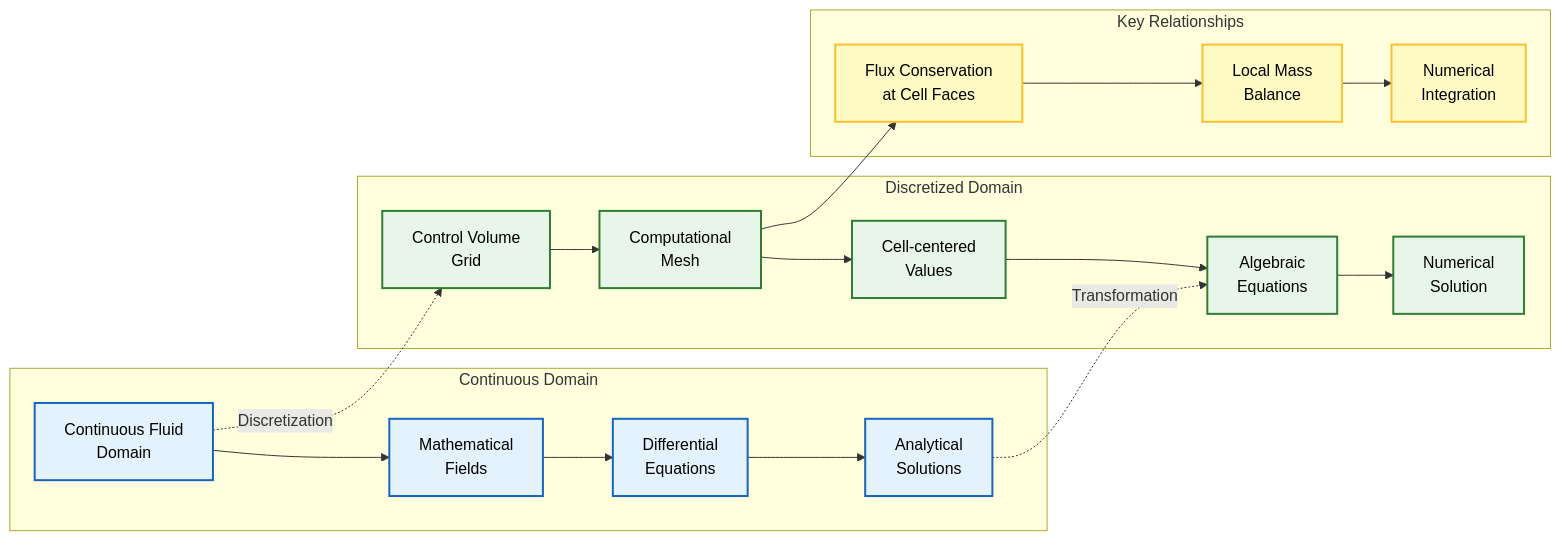
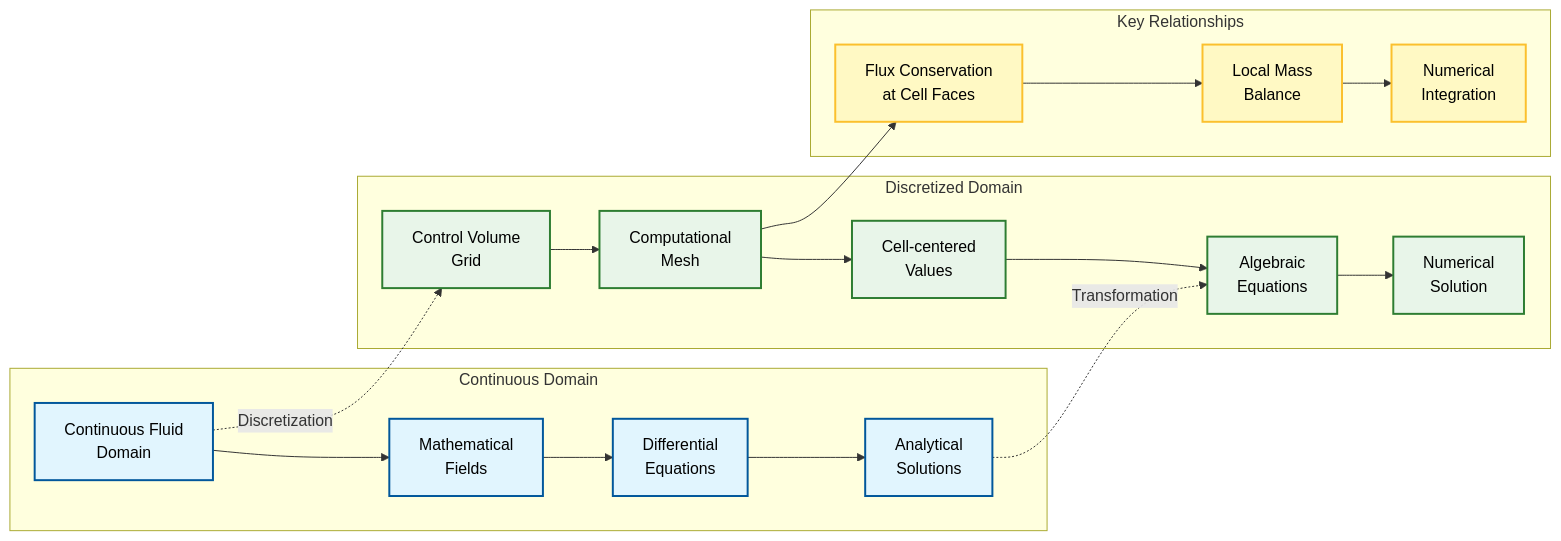
The second of 8 diagrams in MODULE_01_CFD_FUNDAMENTALS/CONTENT/02_FINITE_VOLUME_METHOD/02_Fundamental_Concepts.md (wramet/build-my-cfd), drawn with Mermaid before and after one commit. The commit also changed other lines of this file and 313 other files, not shown here.

Commit message:
Revise all diagram

````diff
--- a/MODULE_01_CFD_FUNDAMENTALS/CONTENT/02_FINITE_VOLUME_METHOD/02_Fundamental_Concepts.md
+++ b/MODULE_01_CFD_FUNDAMENTALS/CONTENT/02_FINITE_VOLUME_METHOD/02_Fundamental_Concepts.md
@@ -84,37 +82,32 @@
 ```mermaid
 graph LR
-    subgraph "Continuous Domain"
-        A["Continuous Fluid<br/>Domain"] --> B["Mathematical<br/>Fields"]
-        B --> C["Differential<br/>Equations"]
-        C --> D["Analytical<br/>Solutions"]
-    end
+classDef process fill:#e1f5fe,stroke:#01579b,stroke-width:2px,color:#000;
+classDef decision fill:#fff9c4,stroke:#fbc02d,stroke-width:2px,color:#000;
+classDef storage fill:#e8f5e9,stroke:#2e7d32,stroke-width:2px,color:#000;
 
-    subgraph "Discretized Domain"
-        E["Control Volume<br/>Grid"] --> F["Computational<br/>Mesh"]
-        F --> G["Cell-centered<br/>Values"]
-        G --> H["Algebraic<br/>Equations"]
-        H --> I["Numerical<br/>Solution"]
-    end
+subgraph "Continuous Domain"
+    A["Continuous Fluid<br/>Domain"]:::process --> B["Mathematical<br/>Fields"]:::process
+    B --> C["Differential<br/>Equations"]:::process
+    C --> D["Analytical<br/>Solutions"]:::process
+end
 
-    A -.->|Discretization| E
-    D -.->|Transformation| H
+subgraph "Discretized Domain"
+    E["Control Volume<br/>Grid"]:::storage --> F["Computational<br/>Mesh"]:::storage
+    F --> G["Cell-centered<br/>Values"]:::storage
+    G --> H["Algebraic<br/>Equations"]:::storage
+    H --> I["Numerical<br/>Solution"]:::storage
+end
 
-    subgraph "Key Relationships"
-        J["Flux Conservation<br/>at Cell Faces"]
-        K["Local Mass<br/>Balance"]
-        L["Numerical<br/>Integration"]
-    end
+A -.->|Discretization| E
+D -.->|Transformation| H
 
-    F --> J
-    J --> K
-    K --> L
+subgraph "Key Relationships"
+    J["Flux Conservation<br/>at Cell Faces"]:::decision
+    K["Local Mass<br/>Balance"]:::decision
+    L["Numerical<br/>Integration"]:::decision
+end
 
-    classDef process fill:#e3f2fd,stroke:#1565c0,stroke-width:2px,color:#000;
-    classDef decision fill:#fff9c4,stroke:#fbc02d,stroke-width:2px,color:#000;
-    classDef terminator fill:#ffebee,stroke:#c62828,stroke-width:2px,color:#000;
-    classDef storage fill:#e8f5e9,stroke:#2e7d32,stroke-width:2px,color:#000;
-
-    class A,B,C,D process
-    class E,F,G,H,I storage
-    class J,K,L decision
+F --> J
+J --> K
+K --> L
 ```
````
